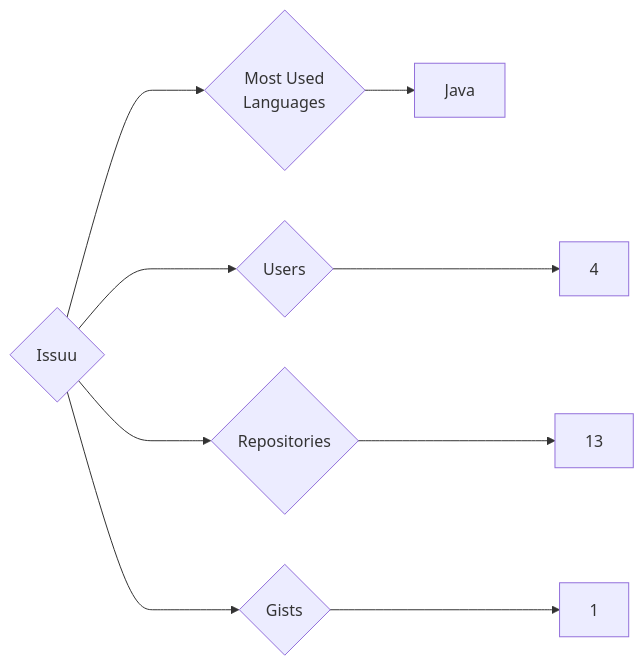
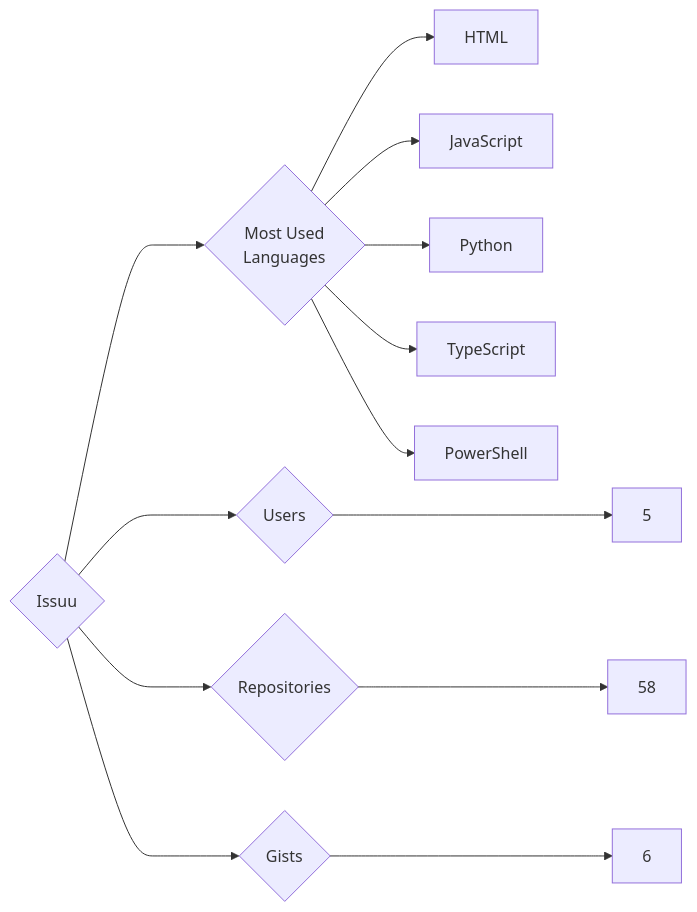
The diagram in targets/Issuu/README.md (trickest/insiders), drawn with Mermaid before and after one commit. The commit also changed 933 other files, not shown here.

````diff
--- a/targets/Issuu/README.md
+++ b/targets/Issuu/README.md
@@ -3,9 +3,13 @@
 ```mermaid
 graph LR
 COMPANY_NAME{Issuu}
-COMPANY_NAME ---> U{Users} ---> UN[4]
-COMPANY_NAME ---> R{Repositories} ---> RN[13]
-COMPANY_NAME ---> G{Gists} ---> GN[1]
+COMPANY_NAME ---> U{Users} ---> UN[5]
+COMPANY_NAME ---> R{Repositories} ---> RN[58]
+COMPANY_NAME ---> G{Gists} ---> GN[6]
 COMPANY_NAME ---> ML{Most Used<br>Languages}
-ML --> Java[Java]
+ML --> HTML[HTML]
+ML --> JavaScript[JavaScript]
+ML --> Python[Python]
+ML --> TypeScript[TypeScript]
+ML --> PowerShell[PowerShell]
 ```
````
